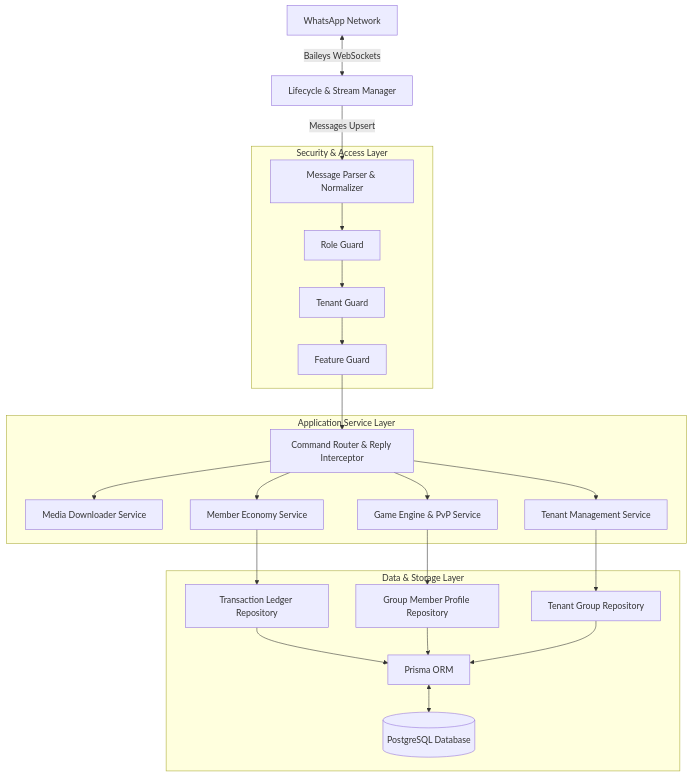
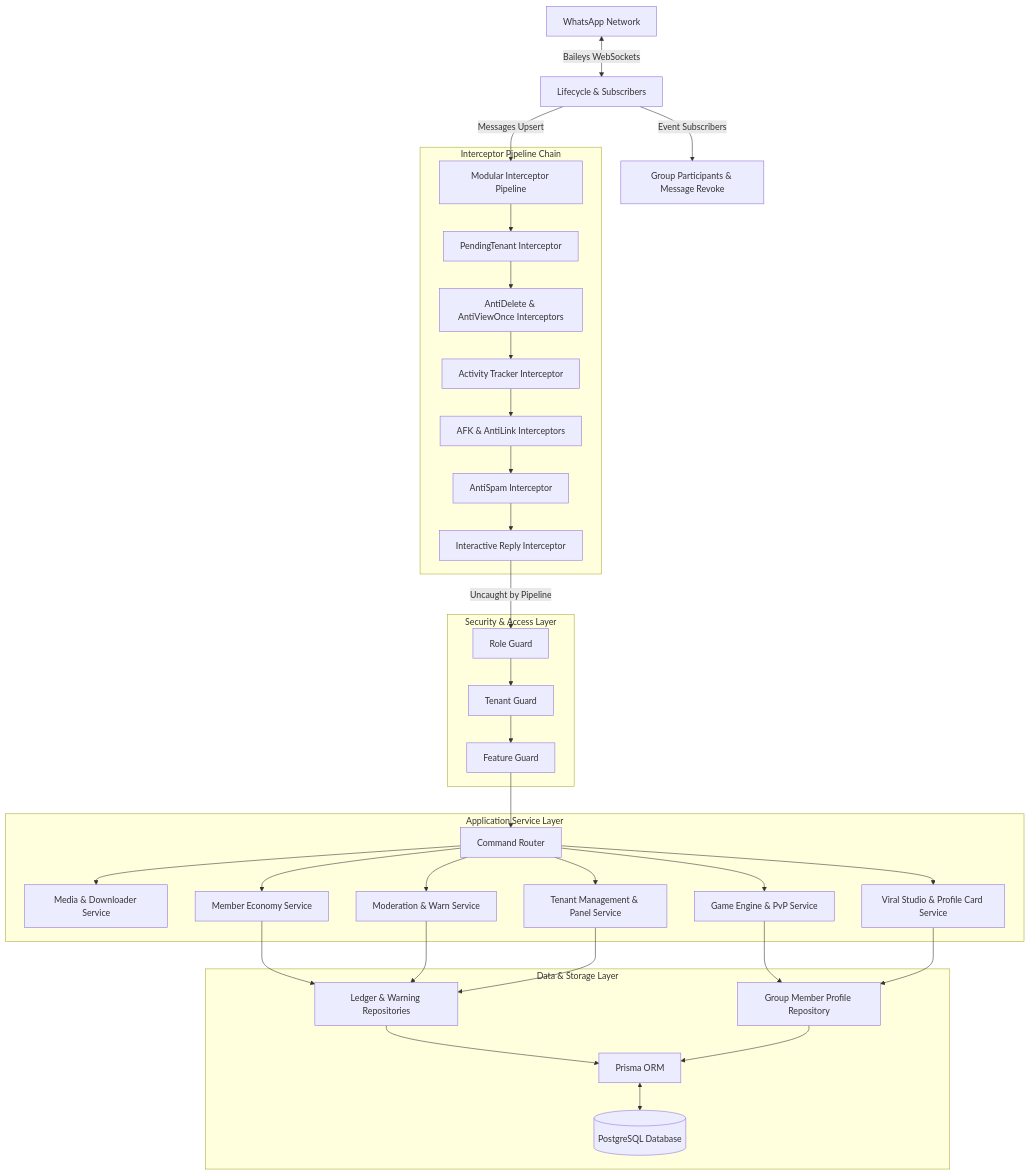
One commit to AnthonyWisnu/MinjiBot changed the diagram in README.md. Above: the diagram before and after it, drawn with Mermaid. The commit also changed other lines of this file and 1 other file, not shown here.

Commit message:
docs: update AGENTS.md and README.md with Step 1-10 architecture, P0 and P1 features

````diff
--- a/README.md
+++ b/README.md
@@ -71,27 +87,38 @@
 ```mermaid
 flowchart TD
-    WA[WhatsApp Network] <--> |Baileys WebSockets| BL[Lifecycle & Stream Manager]
-    BL --> |Messages Upsert| MP[Message Parser & Normalizer]
+    WA[WhatsApp Network] <--> |Baileys WebSockets| BL[Lifecycle & Subscribers]
+    BL --> |Event Subscribers| ES[Group Participants & Message Revoke]
+    BL --> |Messages Upsert| MIP[Modular Interceptor Pipeline]
     
+    subgraph Interceptor Pipeline Chain
+        MIP --> IP1[PendingTenant Interceptor]
+        IP1 --> IP2[AntiDelete & AntiViewOnce Interceptors]
+        IP2 --> IP3[Activity Tracker Interceptor]
+        IP3 --> IP4[AFK & AntiLink Interceptors]
+        IP4 --> IP5[AntiSpam Interceptor]
+        IP5 --> IP6[Interactive Reply Interceptor]
+    end
+
     subgraph Security & Access Layer
-        MP --> RG[Role Guard]
+        IP6 --> |Uncaught by Pipeline| RG[Role Guard]
         RG --> TG[Tenant Guard]
         TG --> FG[Feature Guard]
     end
     
     subgraph Application Service Layer
-        FG --> CR[Command Router & Reply Interceptor]
-        CR --> DS[Media Downloader Service]
-        CR --> ES[Member Economy Service]
+        FG --> CR[Command Router]
+        CR --> DS[Media & Downloader Service]
+        CR --> VS[Viral Studio & Profile Card Service]
+        CR --> MS[Moderation & Warn Service]
+        CR --> ESV[Member Economy Service]
         CR --> GS[Game Engine & PvP Service]
-        CR --> TS[Tenant Management Service]
+        CR --> TS[Tenant Management & Panel Service]
     end
     
     subgraph Data & Storage Layer
-        ES --> RL[Transaction Ledger Repository]
-        GS --> GP[Group Member Profile Repository]
-        TS --> TR[Tenant Group Repository]
-        RL & GP & TR --> PR[Prisma ORM]
+        ESV & MS & TS --> RL[Ledger & Warning Repositories]
+        GS & VS --> GP[Group Member Profile Repository]
+        RL & GP --> PR[Prisma ORM]
         PR <--> PG[(PostgreSQL Database)]
     end
 ```
````
